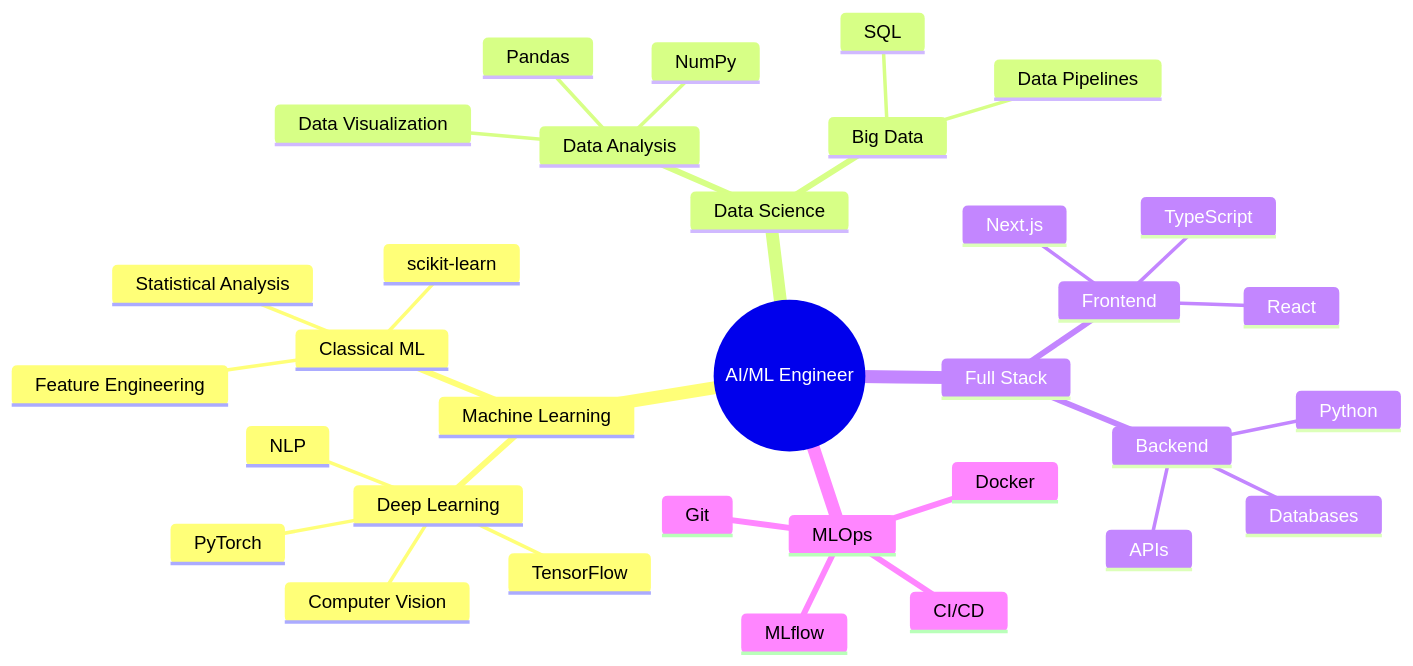
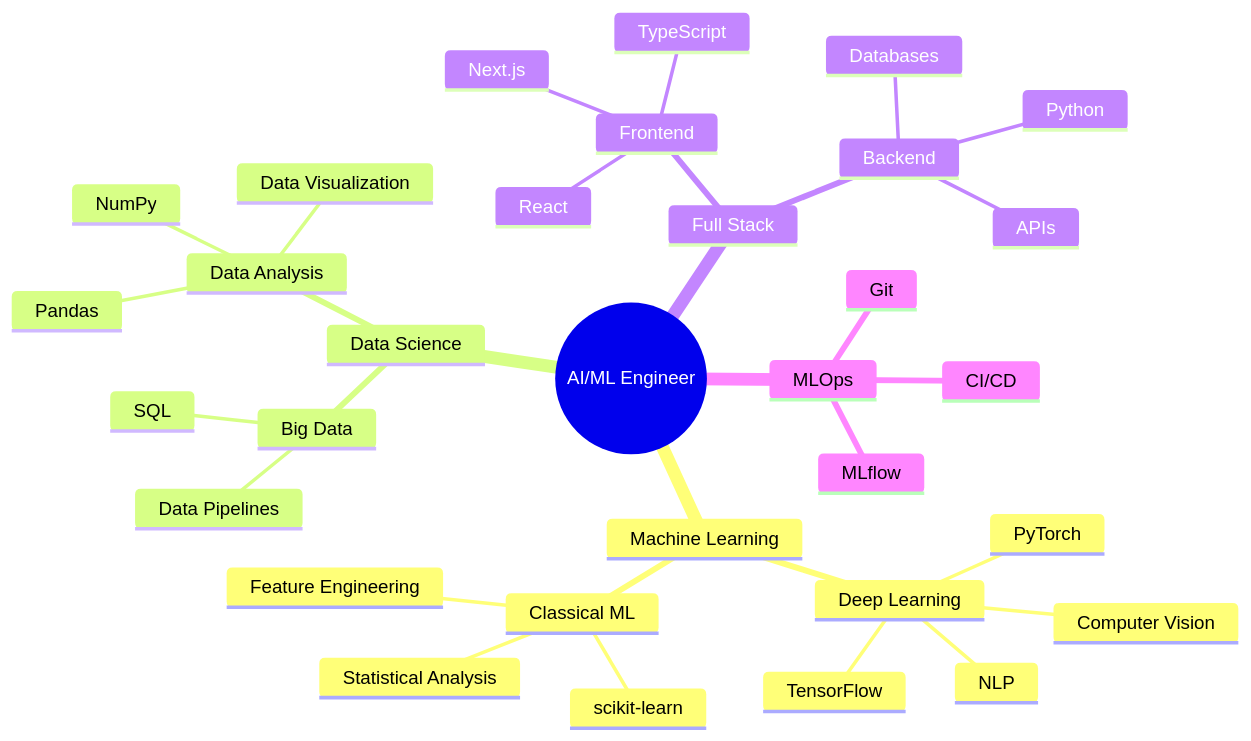
Before and after one commit to Kedhareswer/Kedhareswer: the first of 2 diagrams in README.md, drawn with Mermaid. The commit also changed other lines of this file, not shown here.

````diff
--- a/README.md
+++ b/README.md
@@ -17,36 +17,35 @@
 ```mermaid
 mindmap
   root((AI/ML Engineer))
     Machine Learning
       Deep Learning
         PyTorch
         TensorFlow
         Computer Vision
         NLP
       Classical ML
         scikit-learn
         Statistical Analysis
         Feature Engineering
     Data Science
       Data Analysis
         Pandas
         NumPy
         Data Visualization
       Big Data
         SQL
         Data Pipelines
     Full Stack
       Frontend
         React
         TypeScript
         Next.js
       Backend
         Python
         APIs
         Databases
     MLOps
-      Docker
       Git
       MLflow
       CI/CD
 ```
````
